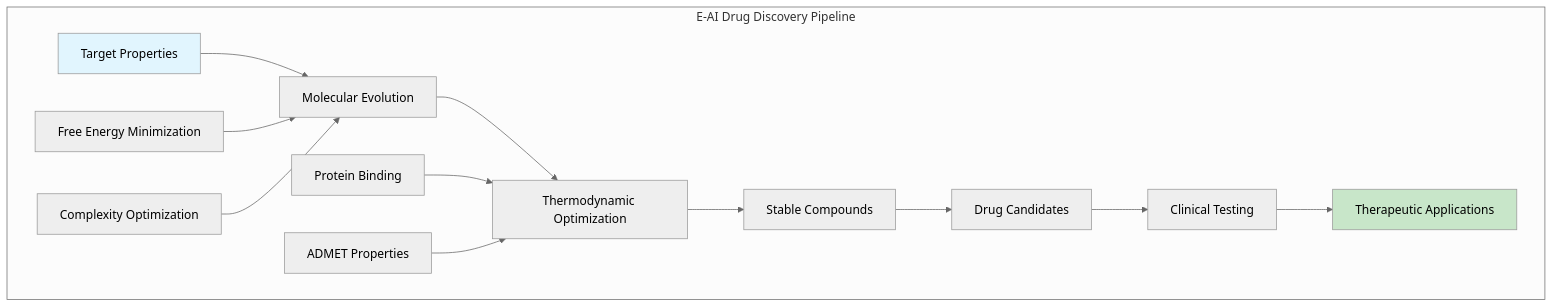
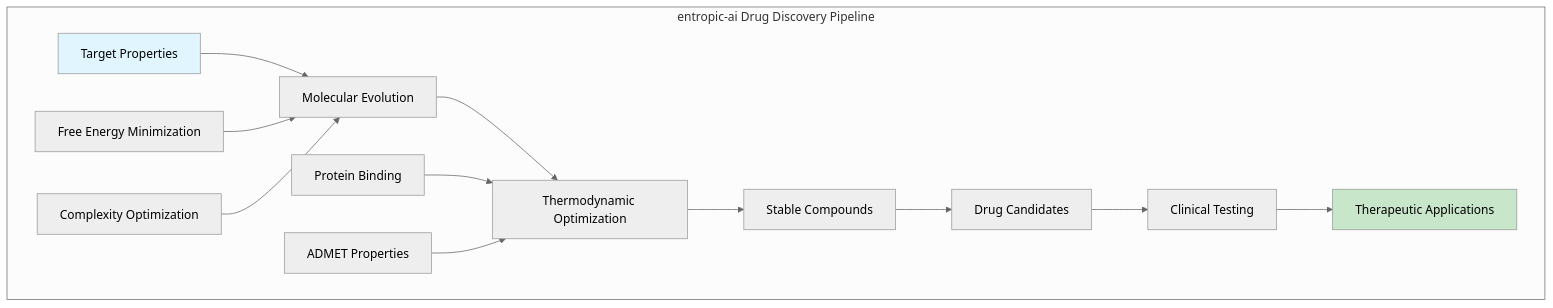
Before and after one commit to krish567366/Entropic-AI: diagram 22 of 32 in docs/about/paper.md, drawn with Mermaid (neutral theme). The commit also changed other lines of this file and 37 other files, not shown here.

````diff
--- a/docs/about/paper.md
+++ b/docs/about/paper.md
@@ -650,21 +650,21 @@
 ```mermaid
 flowchart TD
-    subgraph "E-AI Drug Discovery Pipeline"
+    subgraph "entropic-ai Drug Discovery Pipeline"
         A[Target Properties] --> B[Molecular Evolution]
         B --> C[Thermodynamic Optimization]
         C --> D[Stable Compounds]
         D --> E[Drug Candidates]
         
         B1[Free Energy Minimization] --> B
         B2[Complexity Optimization] --> B
         
         C1[Protein Binding] --> C
         C2[ADMET Properties] --> C
         
         E --> F[Clinical Testing]
         F --> G[Therapeutic Applications]
     end
     
     style A fill:#e1f5fe
     style G fill:#c8e6c9
 ```
````
